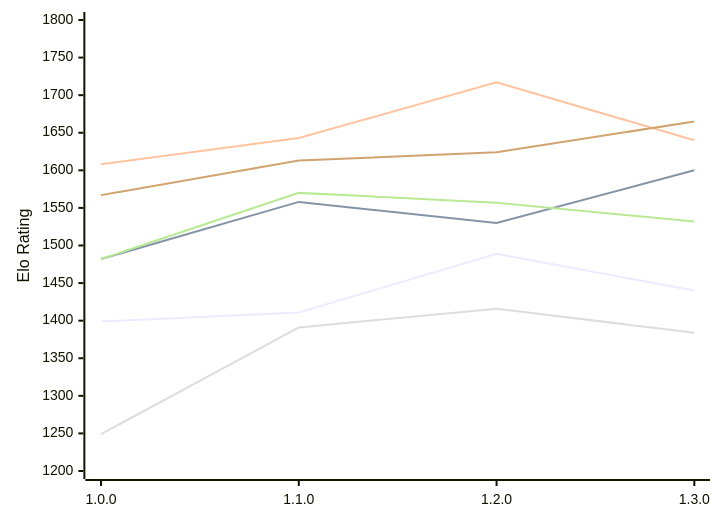
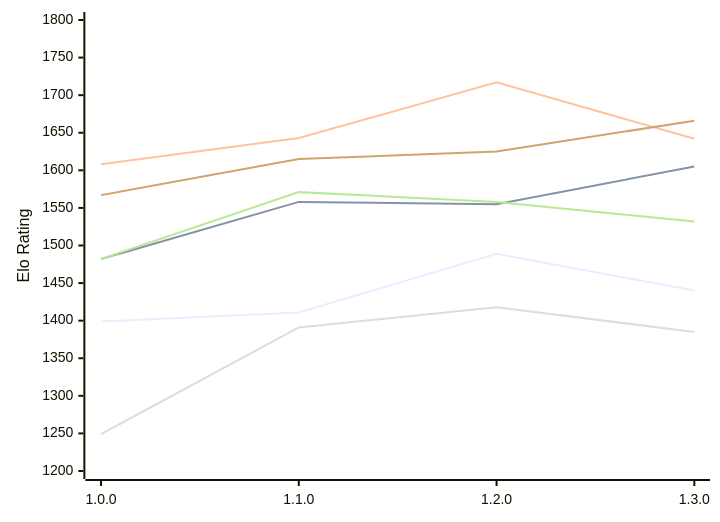
The diagram in engines/Klak.md (computer-chess-index/cci), drawn with Mermaid before and after one commit. The commit also changed other lines of this file, not shown here.

Commit message:
Update CCI Ratings (ELO VLTC) - 2026-11-28

````diff
--- a/engines/Klak.md
+++ b/engines/Klak.md
@@ -53,12 +53,12 @@
 ```mermaid
 %%{init: {"theme":"base","themeVariables":{"seriesColors:['#a3a3a3','#222221','#faa371']}}}%%
 xychart-beta
   x-axis ["1.0.0", "1.1.0", "1.2.0", "1.3.0"]
   y-axis "Elo Rating" 1200 --> 1800
   line "E1: STC (8.0+0.08s)" [1399, 1411, 1489, 1440]
-  line "E1: LTC (60.0+0.60s)" [1482, 1558, 1530, 1600]
-  line "E1: VLTC (2m24s+1.12s)" [1608, 1643, 1717, 1640]
-  line "P1: STC (8.0+0.08s)" [1249, 1391, 1416, 1384]
-  line "P1: LTC (60.0+0.60s)" [1482, 1570, 1557, 1532]
-  line "P1: VLTC (2m24s+1.12s)" [1567, 1613, 1624, 1665]
+  line "E1: LTC (60.0+0.60s)" [1482, 1558, 1555, 1605]
+  line "E1: VLTC (2m24s+1.12s)" [1608, 1643, 1717, 1642]
+  line "P1: STC (8.0+0.08s)" [1249, 1391, 1418, 1385]
+  line "P1: LTC (60.0+0.60s)" [1482, 1571, 1558, 1532]
+  line "P1: VLTC (2m24s+1.12s)" [1567, 1615, 1625, 1666]
 ```
````
